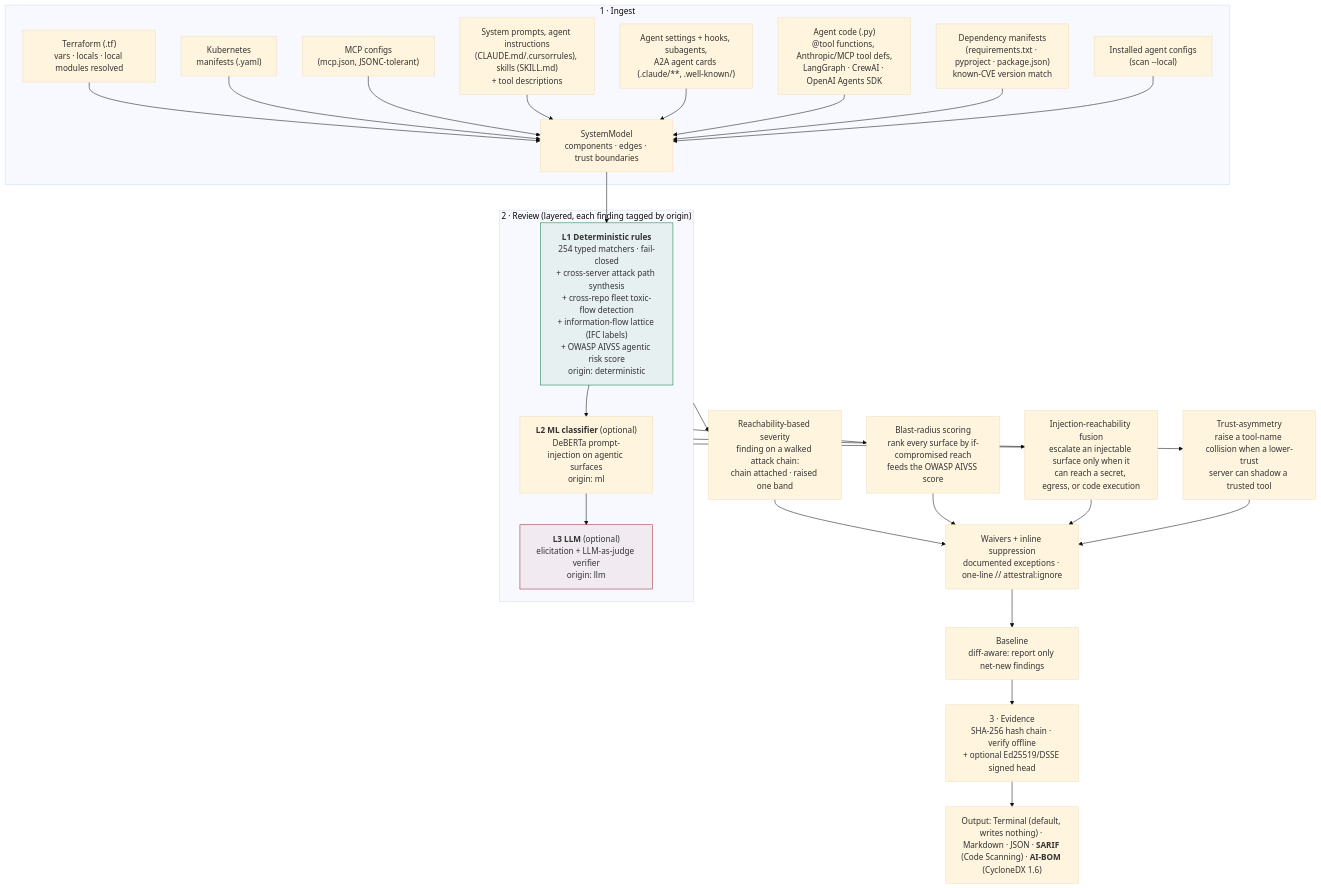
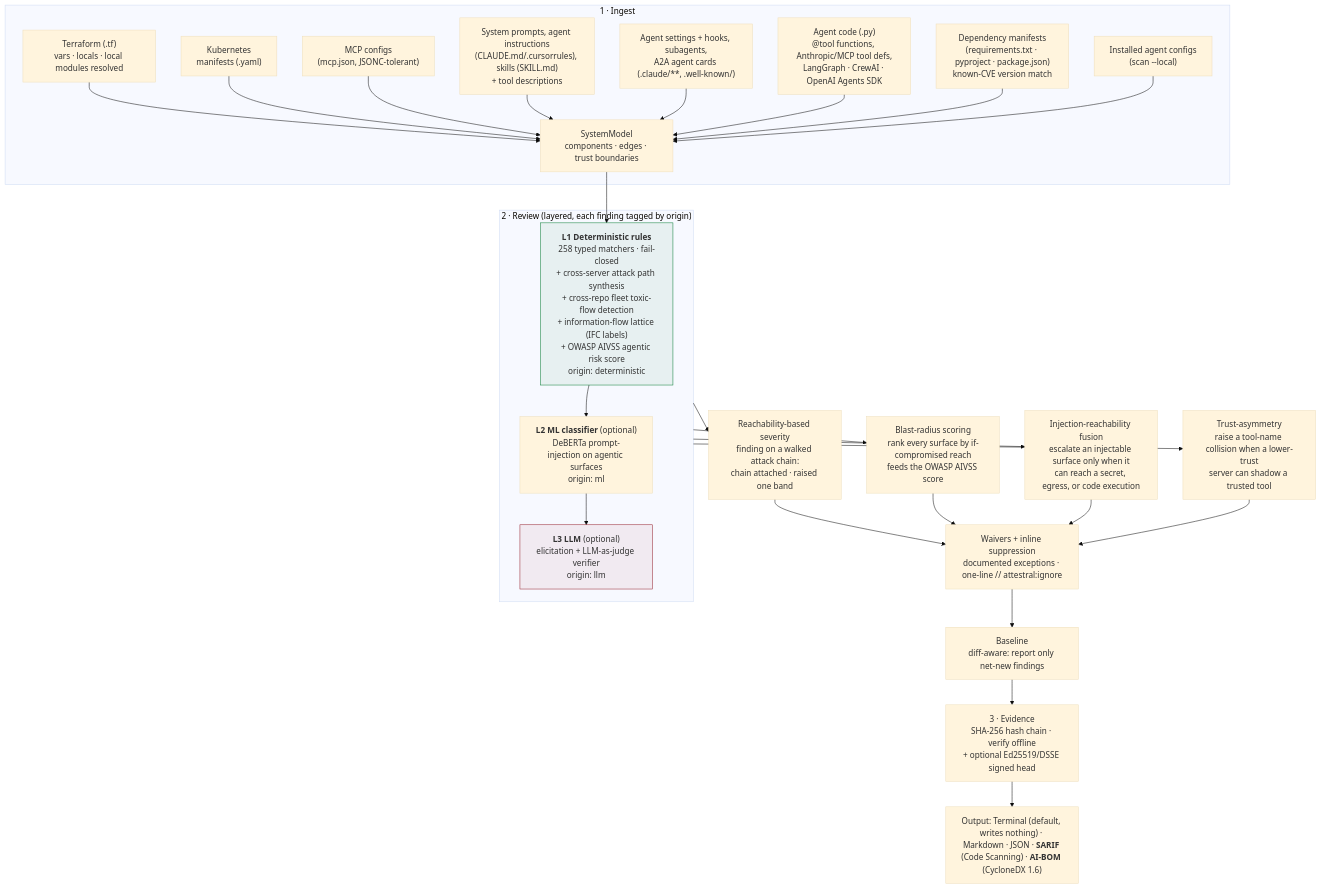
One commit to attestral-labs/attestral changed the first of 4 diagrams in README.md. Above: the diagram before and after it, drawn with Mermaid (base theme). The commit also changed other lines of this file and 17 other files, not shown here.

````diff
--- a/README.md
+++ b/README.md
@@ -120,34 +120,34 @@
 ```mermaid
 flowchart TB
     subgraph ING["1 · Ingest"]
         TF["Terraform (.tf)<br/>vars · locals · local modules resolved"] --> M
         K8S["Kubernetes<br/>manifests (.yaml)"] --> M
         MCP["MCP configs<br/>(mcp.json, JSONC-tolerant)"] --> M
         SP["System prompts, agent instructions<br/>(CLAUDE.md/.cursorrules), skills (SKILL.md)<br/>+ tool descriptions"] --> M
         AC["Agent settings + hooks, subagents,<br/>A2A agent cards (.claude/**, .well-known/)"] --> M
         CODE["Agent code (.py)<br/>@tool functions, Anthropic/MCP tool defs,<br/>LangGraph · CrewAI · OpenAI Agents SDK"] --> M
         DEP["Dependency manifests<br/>(requirements.txt · pyproject · package.json)<br/>known-CVE version match"] --> M
         LC["Installed agent configs<br/>(scan --local)"] --> M
         M["SystemModel<br/>components · edges · trust boundaries"]
     end
     M --> L1
     subgraph REV["2 · Review (layered, each finding tagged by origin)"]
-        L1["<b>L1 Deterministic rules</b><br/>254 typed matchers · fail-closed<br/>+ cross-server attack path synthesis<br/>+ cross-repo fleet toxic-flow detection<br/>+ information-flow lattice (IFC labels)<br/>+ OWASP AIVSS agentic risk score<br/>origin: deterministic"]
+        L1["<b>L1 Deterministic rules</b><br/>258 typed matchers · fail-closed<br/>+ cross-server attack path synthesis<br/>+ cross-repo fleet toxic-flow detection<br/>+ information-flow lattice (IFC labels)<br/>+ OWASP AIVSS agentic risk score<br/>origin: deterministic"]
         L2["<b>L2 ML classifier</b> (optional)<br/>DeBERTa prompt-injection on agentic surfaces<br/>origin: ml"]
         L3["<b>L3 LLM</b> (optional)<br/>elicitation + LLM-as-judge verifier<br/>origin: llm"]
         L1 --> L2 --> L3
     end
     REV --> RS["Reachability-based severity<br/>finding on a walked attack chain:<br/>chain attached · raised one band"]
     REV --> BR["Blast-radius scoring<br/>rank every surface by if-compromised reach<br/>feeds the OWASP AIVSS score"]
     REV --> IR["Injection-reachability fusion<br/>escalate an injectable surface only when it<br/>can reach a secret, egress, or code execution"]
     REV --> TA["Trust-asymmetry<br/>raise a tool-name collision when a lower-trust<br/>server can shadow a trusted tool"]
     RS --> W["Waivers + inline suppression<br/>documented exceptions · one-line // attestral:ignore"]
     BR --> W
     IR --> W
     TA --> W
     W --> BL["Baseline<br/>diff-aware: report only net-new findings"]
     BL --> EV["3 · Evidence<br/>SHA-256 hash chain · verify offline<br/>+ optional Ed25519/DSSE signed head"]
     EV --> OUT["Output: Terminal (default, writes nothing) · Markdown · JSON · <b>SARIF</b> (Code Scanning) · <b>AI-BOM</b> (CycloneDX 1.6)"]
     style L1 fill:#0a7d3611,stroke:#0a7d36
     style L3 fill:#96222E11,stroke:#96222E
 ```
````
